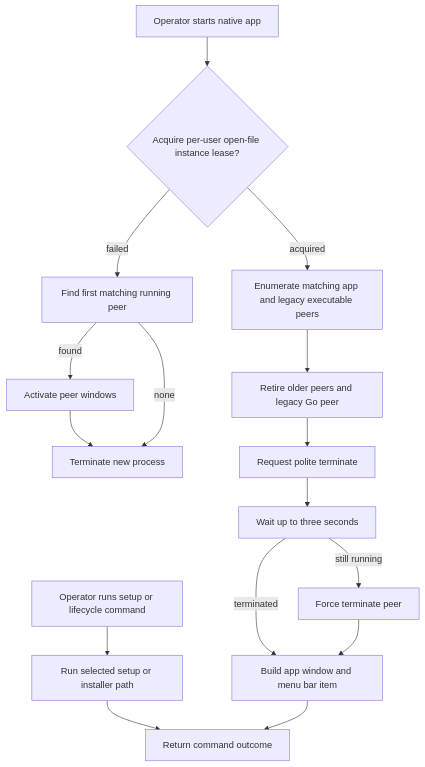
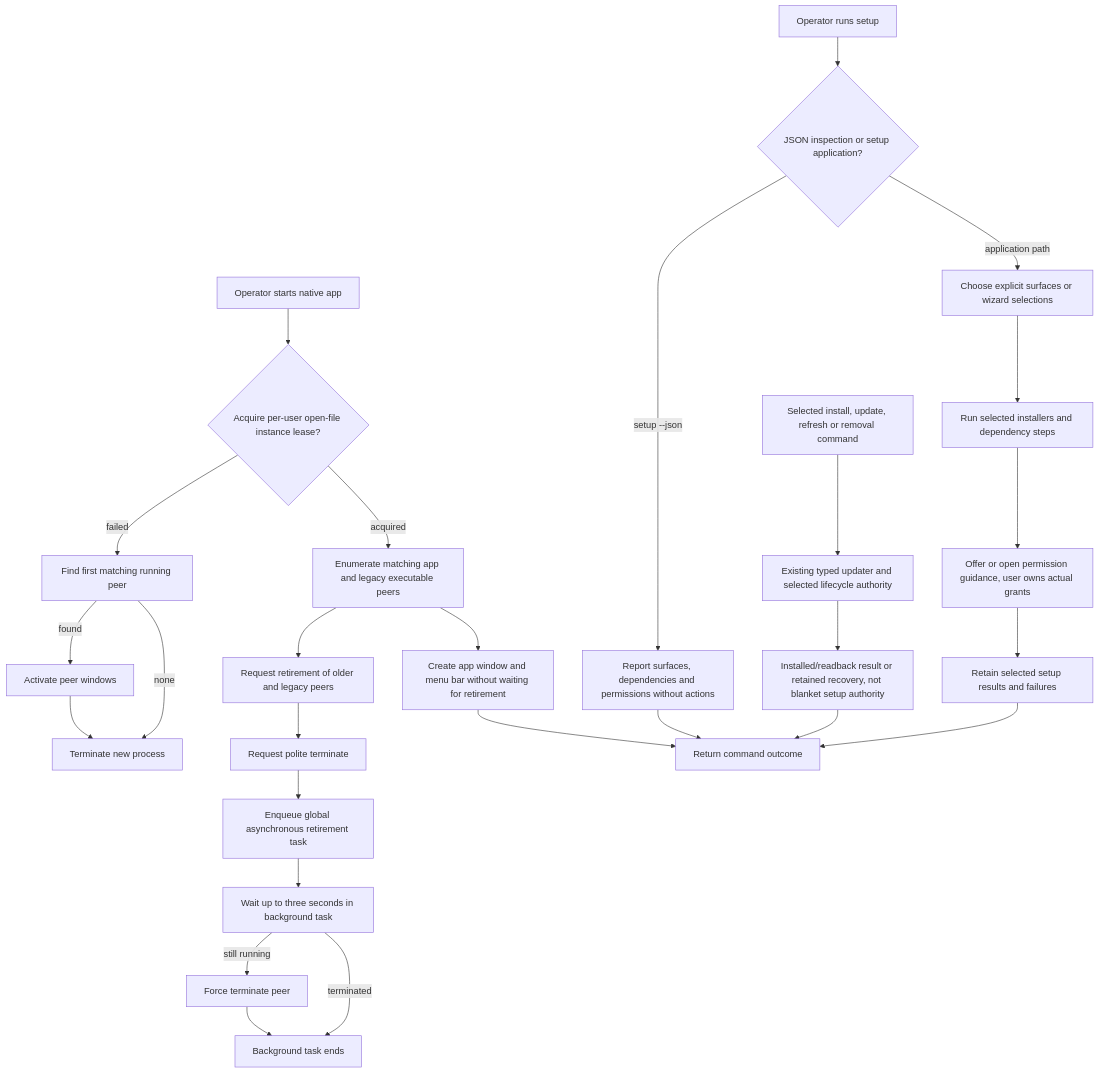
One commit to SirsiMaster/sirsi-pantheon changed diagram 36 of 45 in docs/stacklab/pantheon-pt/canon/DIAGRAMS_PRODUCT_OPERATIONS.md. Above: the diagram before and after it, drawn with Mermaid. The commit also changed other lines of this file, not shown here.

Commit message:
docs(stacklab): preserve exact subflow mutations and concurrent recovery boundaries

````diff
--- a/docs/stacklab/pantheon-pt/canon/DIAGRAMS_PRODUCT_OPERATIONS.md
+++ b/docs/stacklab/pantheon-pt/canon/DIAGRAMS_PRODUCT_OPERATIONS.md
@@ -1000,18 +1041,29 @@
 ```mermaid
 flowchart TD
   OP[Operator starts native app] --> LEASE{Acquire per-user open-file instance lease?}
   LEASE -->|failed| PEER[Find first matching running peer]
   PEER -->|found| ACTIVATE[Activate peer windows]
   ACTIVATE --> EXIT[Terminate new process]
   PEER -->|none| EXIT
   LEASE -->|acquired| ENUM[Enumerate matching app and legacy executable peers]
-  ENUM --> AGE[Retire older peers and legacy Go peer]
+  ENUM --> AGE[Request retirement of older and legacy peers]
+  ENUM --> START[Create app window and menu bar without waiting for retirement]
   AGE --> TERM[Request polite terminate]
-  TERM --> WAIT[Wait up to three seconds]
+  TERM --> ASYNC[Enqueue global asynchronous retirement task]
+  ASYNC --> WAIT[Wait up to three seconds in background task]
   WAIT -->|still running| FORCE[Force terminate peer]
-  WAIT -->|terminated| START[Build app window and menu bar item]
-  FORCE --> START
-  OP2[Operator runs setup or lifecycle command] --> SETUP[Run selected setup or installer path]
-  SETUP --> DONE[Return command outcome]
+  WAIT -->|terminated| RETIRED[Background task ends]
+  FORCE --> RETIRED
+  OP2[Operator runs setup] --> SMODE{JSON inspection or setup application?}
+  SMODE -->|setup --json| INSPECT[Report surfaces, dependencies and permissions without actions]
+  SMODE -->|application path| SELECT[Choose explicit surfaces or wizard selections]
+  SELECT --> APPLY[Run selected installers and dependency steps]
+  APPLY --> FDA[Offer or open permission guidance, user owns actual grants]
+  FDA --> SETUPRESULT[Retain selected setup results and failures]
+  LIFE[Selected install, update, refresh or removal command] --> LIFEAUTH[Existing typed updater and selected lifecycle authority]
+  LIFEAUTH --> LIFEOUT[Installed/readback result or retained recovery, not blanket setup authority]
+  INSPECT --> DONE[Return command outcome]
+  SETUPRESULT --> DONE
+  LIFEOUT --> DONE
   START --> DONE
 ```
````
